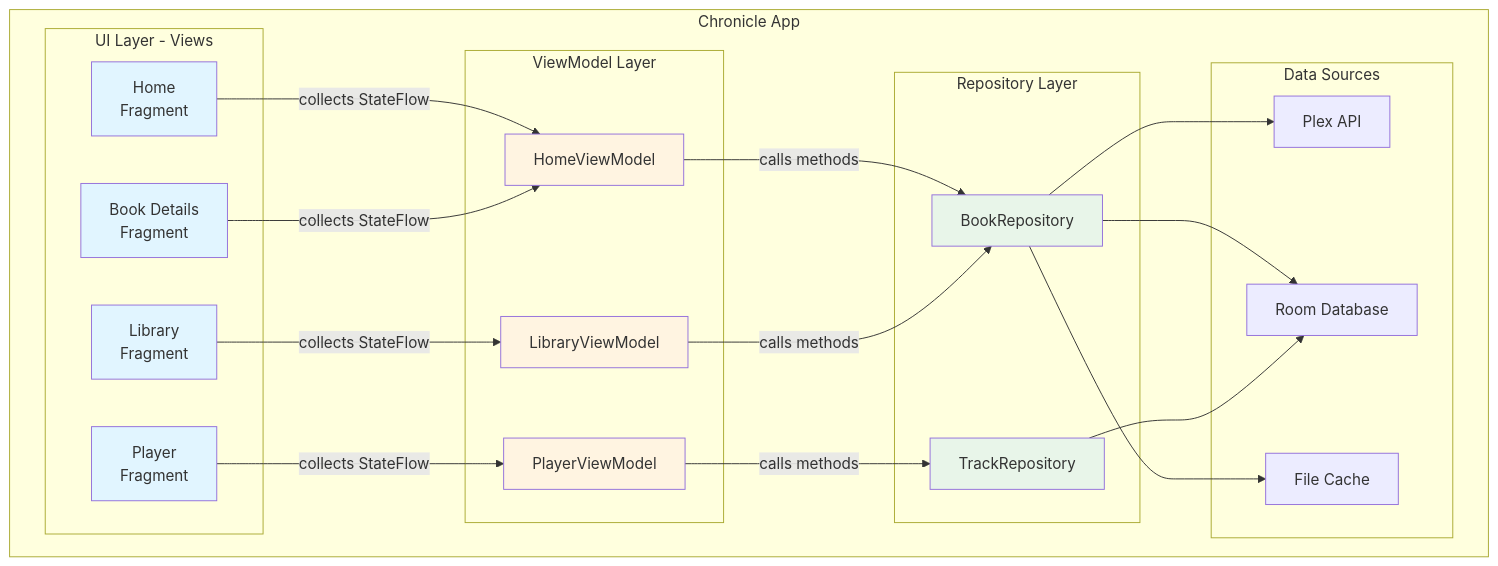
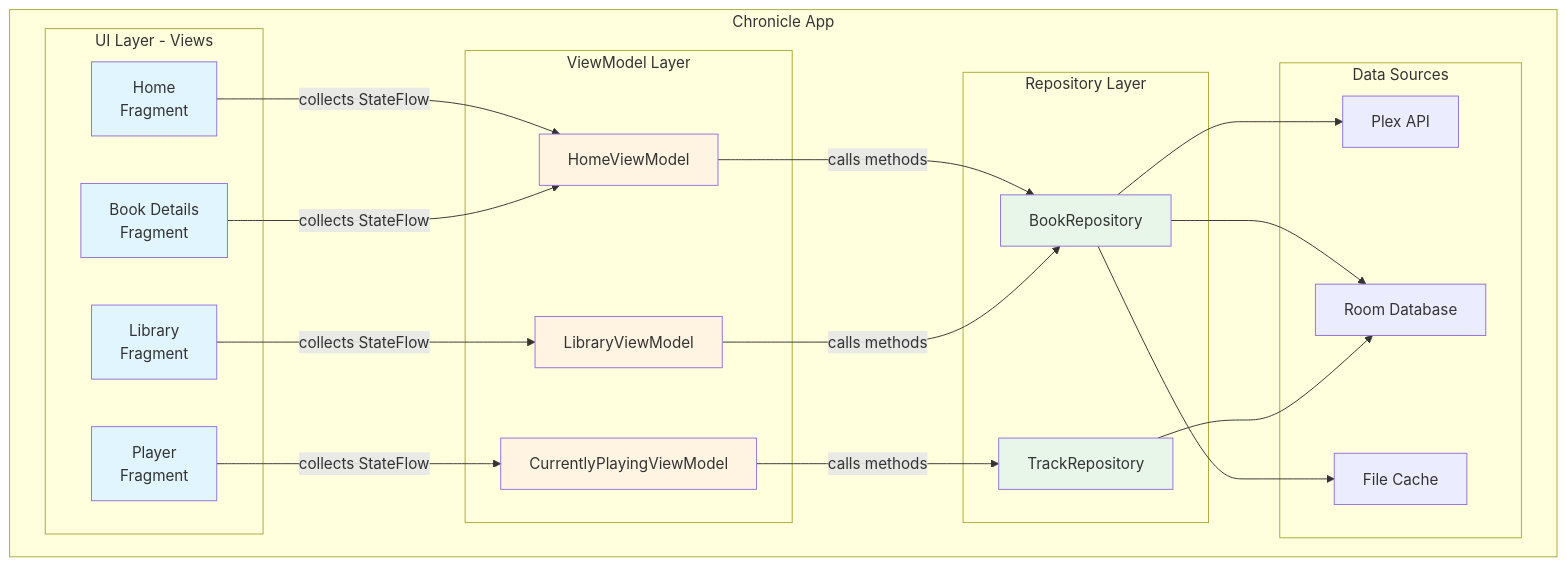
Before and after one commit to alebianco/chronicle: the first of 8 diagrams in backlog/docs/reference/07-visual-guide.md, drawn with Mermaid. The commit also changed other lines of this file and 29 other files, not shown here.

````diff
--- a/backlog/docs/reference/07-visual-guide.md
+++ b/backlog/docs/reference/07-visual-guide.md
@@ -14,52 +14,52 @@
 ```mermaid
 graph TB
     subgraph Chronicle App
         subgraph UI Layer - Views
             A[Home<br/>Fragment]
             B[Library<br/>Fragment]
             C[Book Details<br/>Fragment]
             D[Player<br/>Fragment]
         end
         
         subgraph ViewModel Layer
             E[HomeViewModel]
             F[LibraryViewModel]
-            G[PlayerViewModel]
+            G[CurrentlyPlayingViewModel]
         end
         
         subgraph Repository Layer
             H[BookRepository]
             I[TrackRepository]
         end
         
         subgraph Data Sources
             J[Plex API]
             K[Room Database]
             L[File Cache]
         end
         
         A -->|collects StateFlow| E
         B -->|collects StateFlow| F
         C -->|collects StateFlow| E
         D -->|collects StateFlow| G
         
         E -->|calls methods| H
         F -->|calls methods| H
         G -->|calls methods| I
         
         H --> J
         H --> K
         I --> K
         H --> L
     end
     
     style A fill:#e1f5ff
     style B fill:#e1f5ff
     style C fill:#e1f5ff
     style D fill:#e1f5ff
     style E fill:#fff4e1
     style F fill:#fff4e1
     style G fill:#fff4e1
     style H fill:#e8f5e9
     style I fill:#e8f5e9
 ```
````
